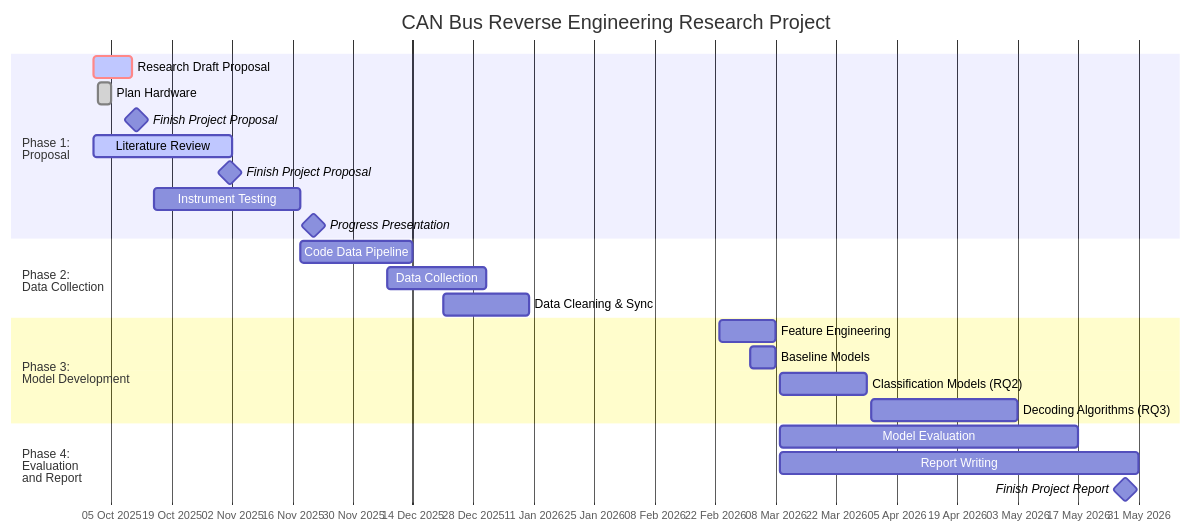
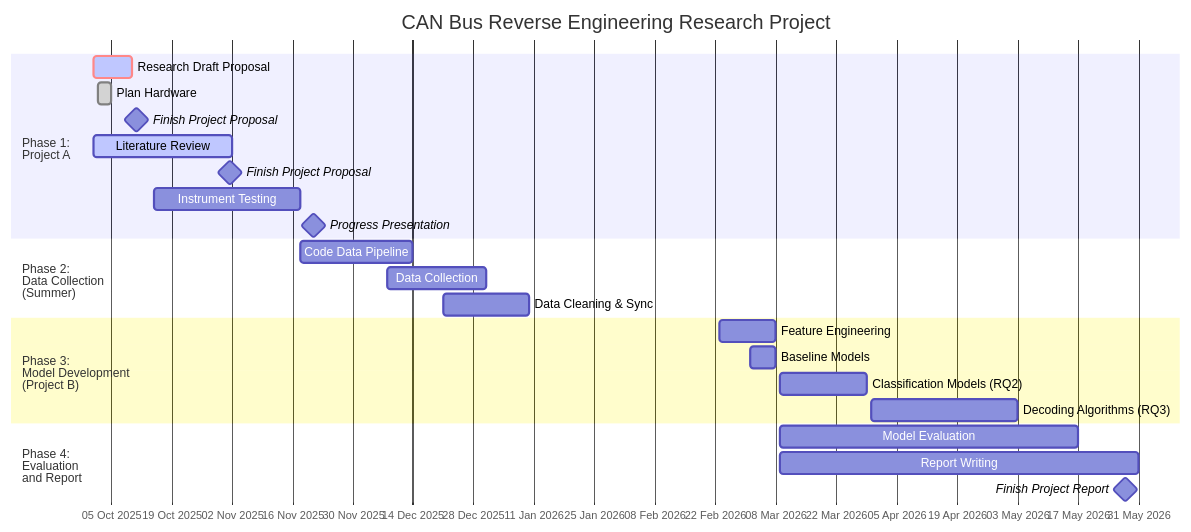
The diagram in README.md (CraigAA/CAN_Reverse_Engineering_Project), drawn with Mermaid before and after one commit.

````diff
--- a/README.md
+++ b/README.md
@@ -20,31 +20,31 @@
 ```mermaid
 gantt
     title CAN Bus Reverse Engineering Research Project
     dateFormat  YYYY-MM-DD
     axisFormat  %d %b %Y
     tickInterval 2week
-    section Phase 1:<br>Proposal
+    section Phase 1:<br>Project A
     Research Draft Proposal     :crit, active, rp, 2025-10-01, 2025-10-10
     Plan Hardware               :done, oh, 2025-10-02, 2025-10-05
     Finish Project Proposal     :milestone, frp, 2025-10-10, 2025-10-12
     Literature Review           :active, lr, 2025-10-01, 2025-11-02
     Finish Project Proposal     :milestone, frp, 2025-11-01, 2025-11-02
     Instrument Testing          :it, 2025-10-15, 2025-11-18
     Progress Presentation       :milestone, pp, 2025-11-19, 2025-11-23
 
-    section Phase 2:<br>Data Collection
+    section Phase 2:<br>Data Collection<br>(Summer)
     Code Data Pipeline          :dp, 2025-11-18, 2025-12-14
     Data Collection             :dc, 2025-12-08, 2025-12-31
     Data Cleaning & Sync        :dc, 2025-12-21, 2026-01-10
 
-    section Phase 3:<br>Model Development
+    section Phase 3:<br>Model Development<br>(Project B)
     Feature Engineering         :fe, 2026-02-23, 2026-03-08
     Baseline Models             :bm, 2026-03-02, 2026-03-08
     Classification Models (RQ2) :cm, 2026-03-09, 2026-03-29
     Decoding Algorithms (RQ3)   :da, 2026-03-30, 2026-05-03
 
     section Phase 4:<br>Evaluation<br>and Report
     Model Evaluation            :ce, 2026-03-09, 2026-05-17
     Report Writing              :wr, 2026-03-09, 2026-05-31
     Finish Project Report       :milestone, fta, 2026-05-25, 2026-05-31
 ```
````
